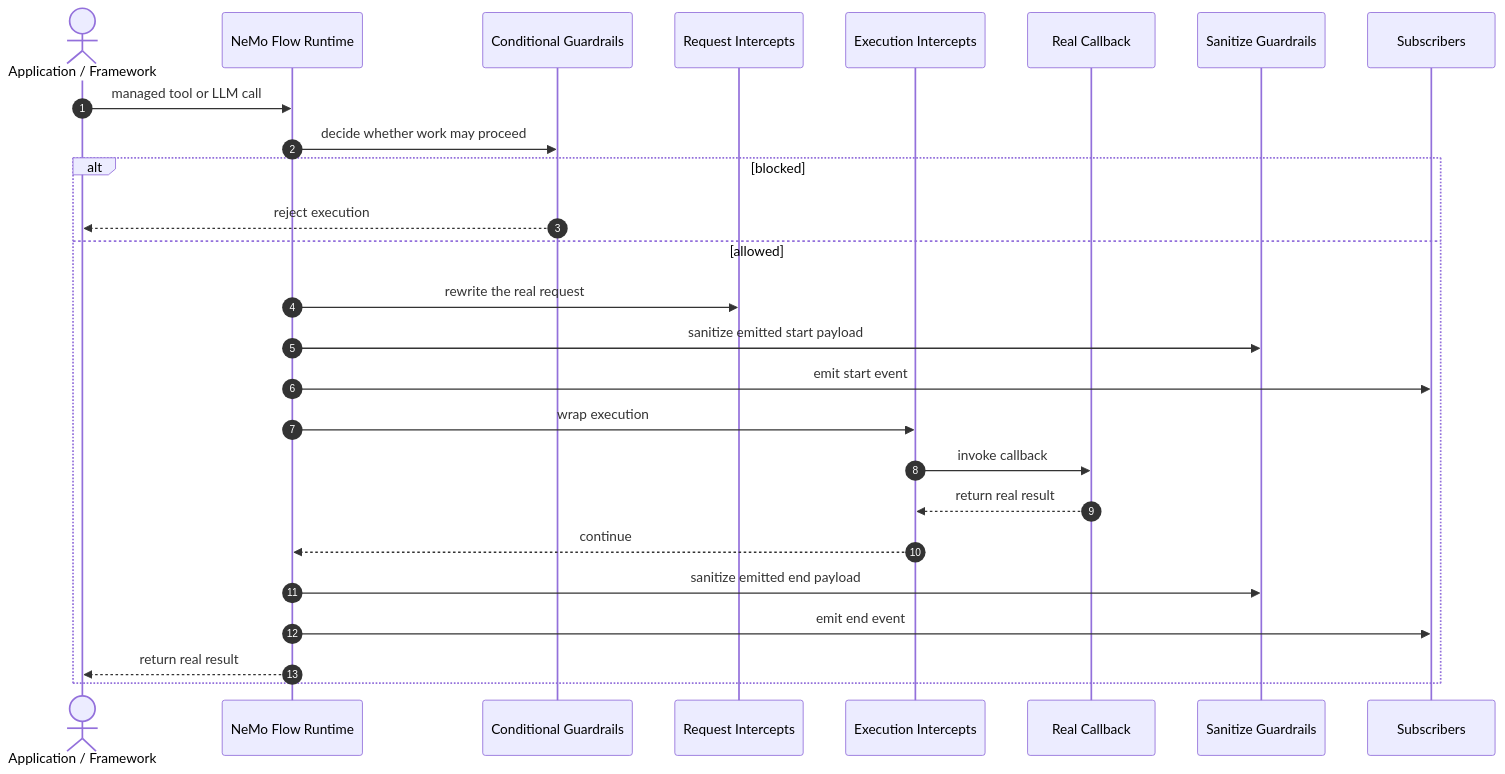
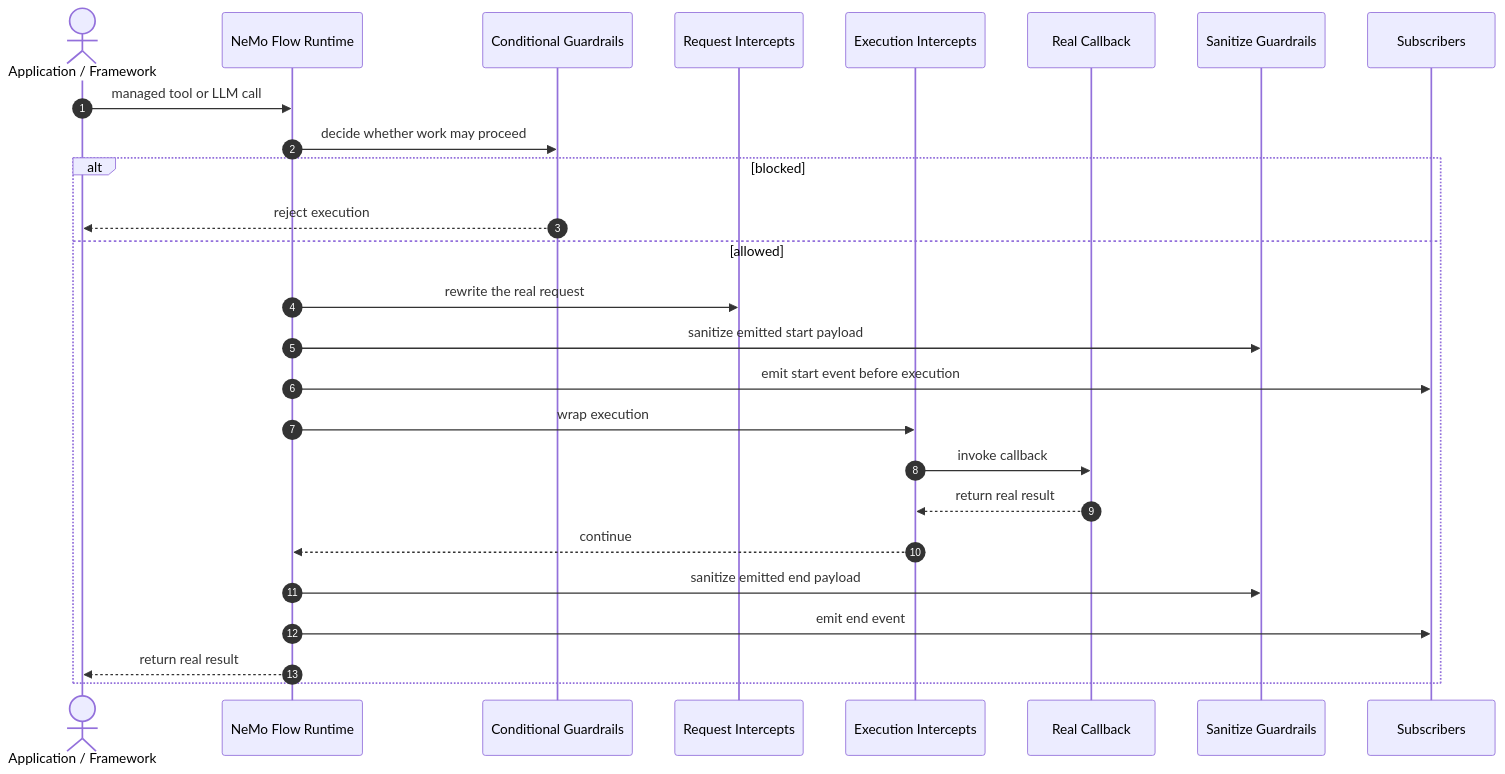
The first of 2 diagrams in docs/about/concepts/middleware.md (NVIDIA/NeMo-Relay), drawn with Mermaid before and after one commit. The commit also changed other lines of this file and 5 other files, not shown here.

Commit message:
docs: clarify managed LLM start event ordering

````diff
--- a/docs/about/concepts/middleware.md
+++ b/docs/about/concepts/middleware.md
@@ -113,30 +114,30 @@
 ```{mermaid}
 sequenceDiagram
     autonumber
     actor Caller as Application / Framework
     participant Runtime as NeMo Flow Runtime
     participant Cond as Conditional Guardrails
     participant Req as Request Intercepts
     participant Exec as Execution Intercepts
     participant Callback as Real Callback
     participant San as Sanitize Guardrails
     participant Subs as Subscribers
 
     Caller->>Runtime: managed tool or LLM call
     Runtime->>Cond: decide whether work may proceed
 
     alt blocked
         Cond-->>Caller: reject execution
     else allowed
         Runtime->>Req: rewrite the real request
         Runtime->>San: sanitize emitted start payload
-        Runtime->>Subs: emit start event
+        Runtime->>Subs: emit start event before execution
         Runtime->>Exec: wrap execution
         Exec->>Callback: invoke callback
         Callback-->>Exec: return real result
         Exec-->>Runtime: continue
         Runtime->>San: sanitize emitted end payload
         Runtime->>Subs: emit end event
         Runtime-->>Caller: return real result
     end
 ```
````
